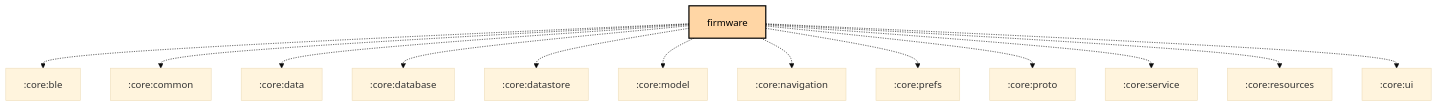
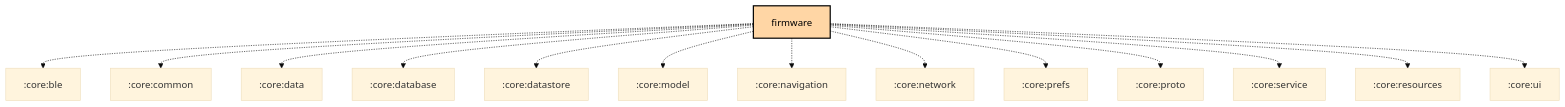
One commit to meshtastic/Meshtastic-Android changed the first of 4 diagrams in feature/firmware/README.md. Above: the diagram before and after it, drawn with Mermaid (base theme). The commit also changed 10 other files, not shown here.

Commit message:
chore: Scheduled updates (Firmware, Hardware, Translations, Graphs) (#4654)

````diff
--- a/feature/firmware/README.md
+++ b/feature/firmware/README.md
@@ -6,27 +6,28 @@
 ```mermaid
 graph TB
   :feature:firmware[firmware]:::android-feature
   :feature:firmware -.-> :core:ble
   :feature:firmware -.-> :core:common
   :feature:firmware -.-> :core:data
   :feature:firmware -.-> :core:database
   :feature:firmware -.-> :core:datastore
   :feature:firmware -.-> :core:model
   :feature:firmware -.-> :core:navigation
+  :feature:firmware -.-> :core:network
   :feature:firmware -.-> :core:prefs
   :feature:firmware -.-> :core:proto
   :feature:firmware -.-> :core:service
   :feature:firmware -.-> :core:resources
   :feature:firmware -.-> :core:ui
 
 classDef android-application fill:#CAFFBF,stroke:#000,stroke-width:2px,color:#000;
 classDef android-application-compose fill:#CAFFBF,stroke:#000,stroke-width:2px,color:#000;
 classDef android-feature fill:#FFD6A5,stroke:#000,stroke-width:2px,color:#000;
 classDef android-library fill:#9BF6FF,stroke:#000,stroke-width:2px,color:#000;
 classDef android-library-compose fill:#9BF6FF,stroke:#000,stroke-width:2px,color:#000;
 classDef android-test fill:#A0C4FF,stroke:#000,stroke-width:2px,color:#000;
 classDef jvm-library fill:#BDB2FF,stroke:#000,stroke-width:2px,color:#000;
 classDef kmp-library fill:#FFC1CC,stroke:#000,stroke-width:2px,color:#000;
 classDef unknown fill:#FFADAD,stroke:#000,stroke-width:2px,color:#000;
 
 ```
````
